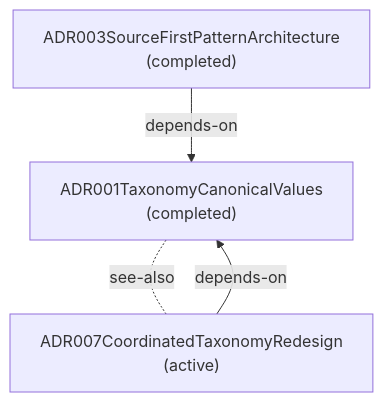
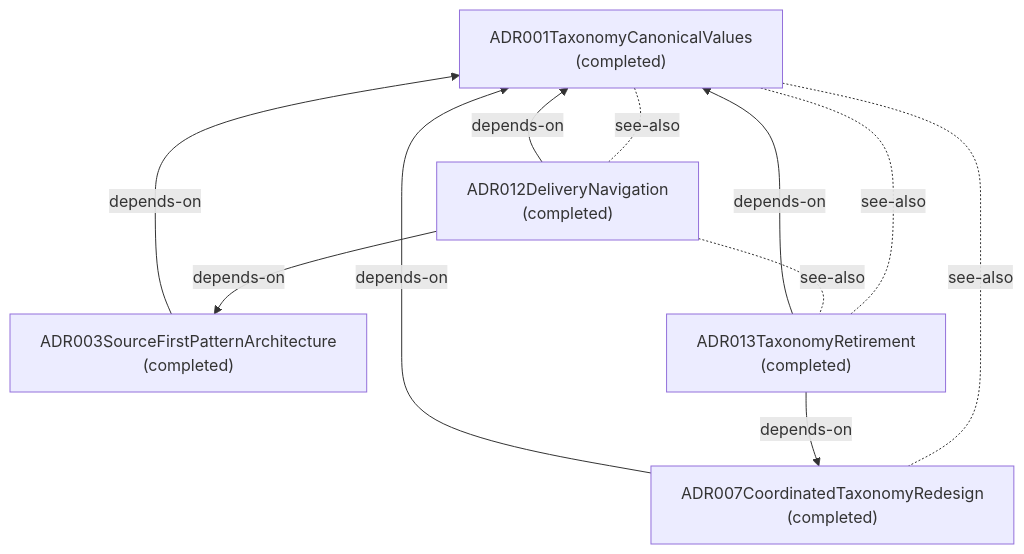
Before and after one commit to libar-dev/architect: the fifth of 6 diagrams in docs-live/design-review/by-theme.md, drawn with Mermaid. The commit also changed other lines of this file and 240 other files, not shown here.

````diff
--- a/docs-live/design-review/by-theme.md
+++ b/docs-live/design-review/by-theme.md
@@ -62,9 +64,18 @@
 ```mermaid
 graph TD
   adr001taxonomycanonicalvalues["ADR001TaxonomyCanonicalValues<br/>(completed)"]
   adr003sourcefirstpatternarchitecture["ADR003SourceFirstPatternArchitecture<br/>(completed)"]
-  adr007coordinatedtaxonomyredesign["ADR007CoordinatedTaxonomyRedesign<br/>(active)"]
+  adr007coordinatedtaxonomyredesign["ADR007CoordinatedTaxonomyRedesign<br/>(completed)"]
+  adr012deliverynavigation["ADR012DeliveryNavigation<br/>(completed)"]
+  adr013taxonomyretirement["ADR013TaxonomyRetirement<br/>(completed)"]
   adr001taxonomycanonicalvalues -. see-also .- adr007coordinatedtaxonomyredesign
+  adr001taxonomycanonicalvalues -. see-also .- adr012deliverynavigation
+  adr001taxonomycanonicalvalues -. see-also .- adr013taxonomyretirement
   adr003sourcefirstpatternarchitecture -->|depends-on| adr001taxonomycanonicalvalues
   adr007coordinatedtaxonomyredesign -->|depends-on| adr001taxonomycanonicalvalues
+  adr012deliverynavigation -->|depends-on| adr001taxonomycanonicalvalues
+  adr012deliverynavigation -->|depends-on| adr003sourcefirstpatternarchitecture
+  adr012deliverynavigation -. see-also .- adr013taxonomyretirement
+  adr013taxonomyretirement -->|depends-on| adr001taxonomycanonicalvalues
+  adr013taxonomyretirement -->|depends-on| adr007coordinatedtaxonomyredesign
 ```
````
